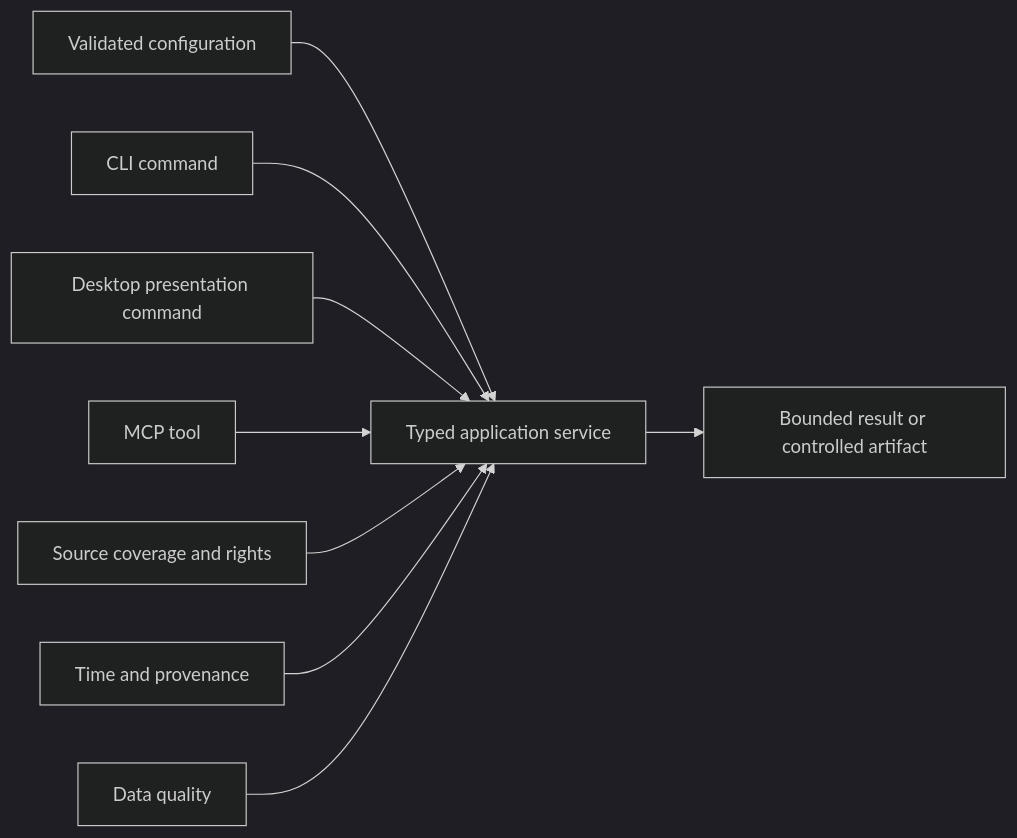
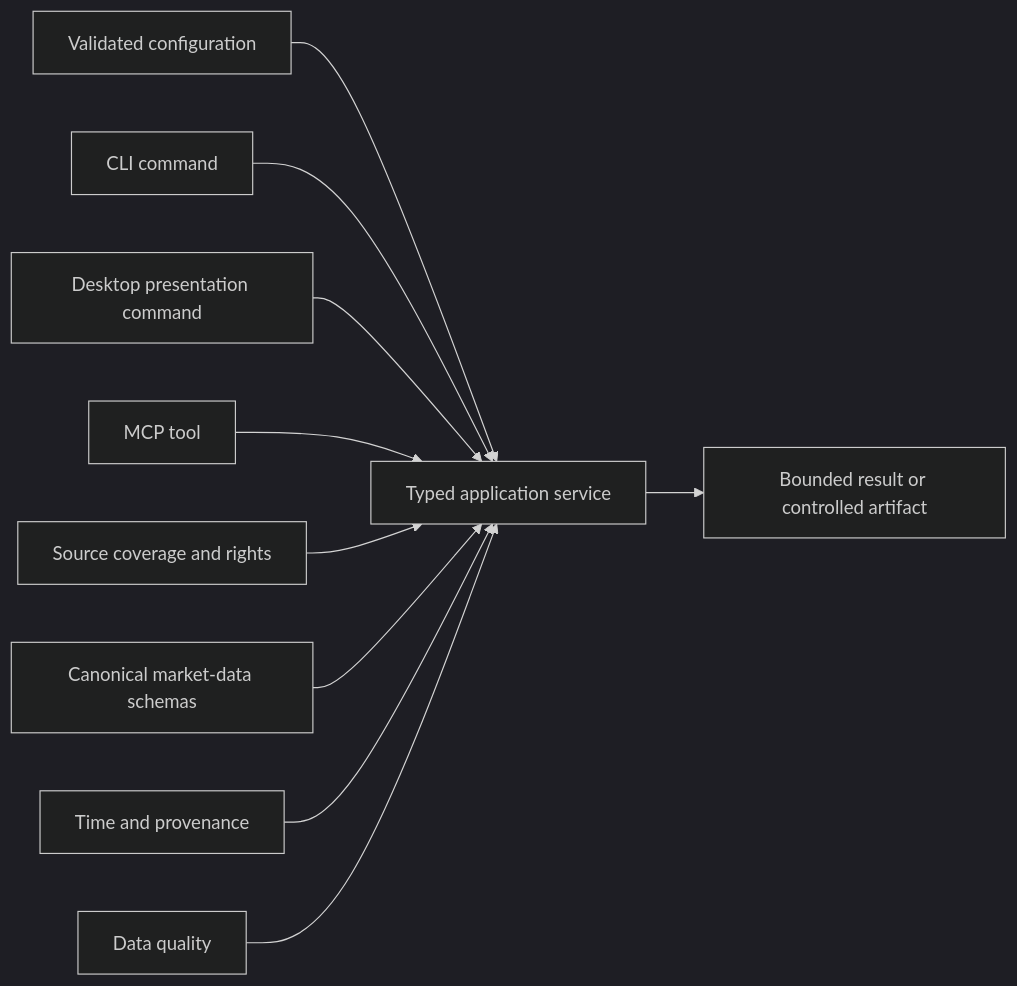
The diagram in docs/reference/README.md (Sawmonabo/market-squawk), drawn with Mermaid (dark theme) before and after one commit. The commit also changed other lines of this file and 27 other files, not shown here.

Commit message:
docs: reconcile market data architecture

````diff
--- a/docs/reference/README.md
+++ b/docs/reference/README.md
@@ -26,21 +29,23 @@
 ```mermaid
 flowchart LR
     CLI["CLI command"]
     Desktop["Desktop presentation command"]
     MCP["MCP tool"]
     Config["Validated configuration"]
     Source["Source coverage and rights"]
+    Schema["Canonical market-data schemas"]
     Time["Time and provenance"]
     Quality["Data quality"]
     Service["Typed application service"]
     Result["Bounded result or controlled artifact"]
 
     Config --> Service
     CLI --> Service
     Desktop --> Service
     MCP --> Service
     Source --> Service
+    Schema --> Service
     Time --> Service
     Quality --> Service
     Service --> Result
 ```
````
